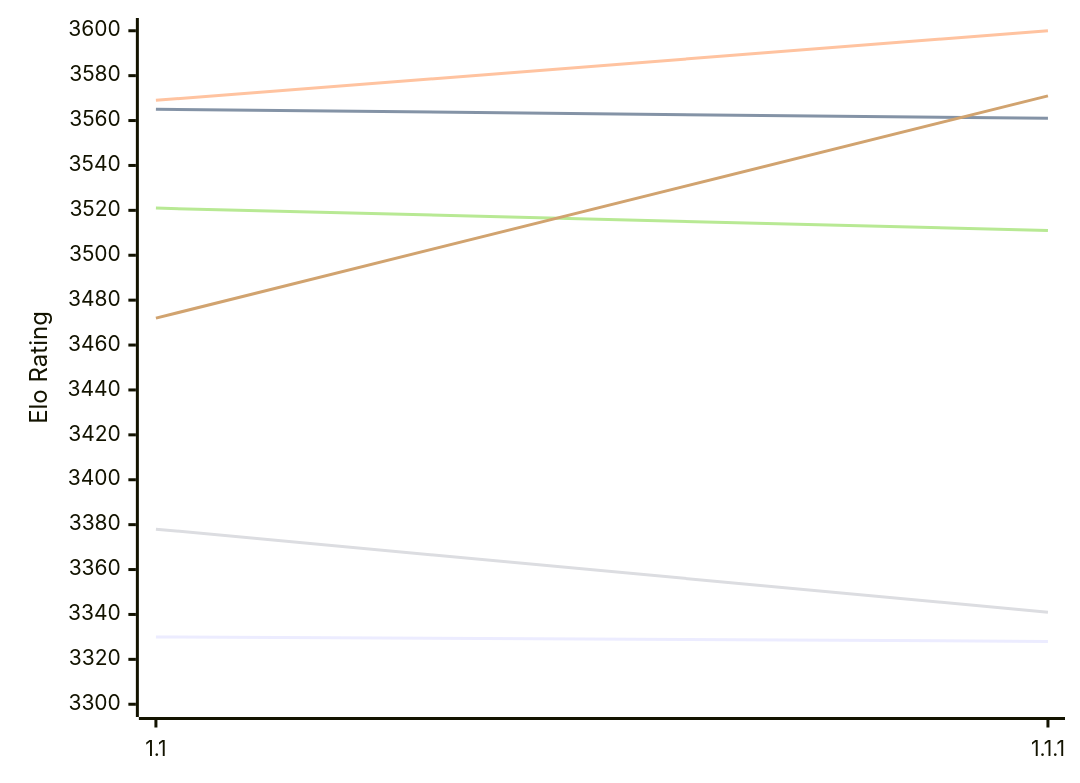
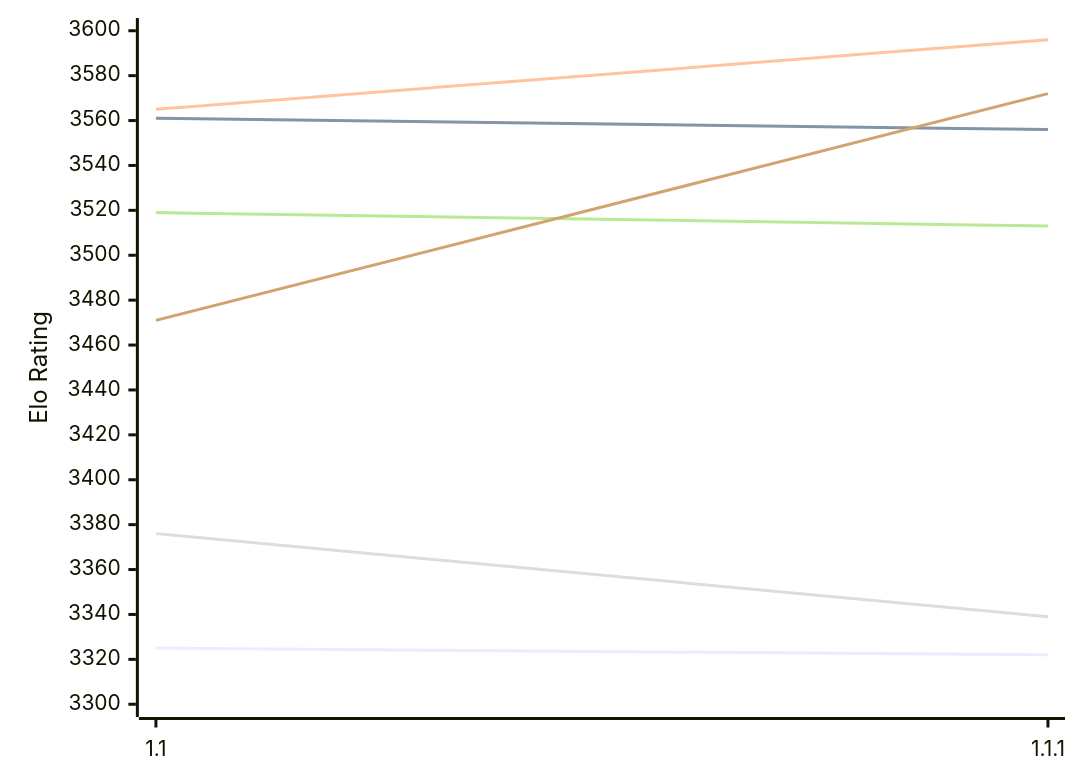
Before and after one commit to computer-chess-index/cci: the first of 2 diagrams in engines/Icarus.md, drawn with Mermaid. The commit also changed other lines of this file, not shown here.

Commit message:
Update CCI Ratings (ELO VLTC) - 2026-11-26

````diff
--- a/engines/Icarus.md
+++ b/engines/Icarus.md
@@ -51,12 +51,12 @@
 ```mermaid
 %%{init: {"theme":"base","themeVariables":{"seriesColors:['#a3a3a3','#222221','#faa371']}}}%%
 xychart-beta
   x-axis ["1.1", "1.1.1"]
   y-axis "Elo Rating" 3300 --> 3600
-  line "E1: STC (8.0+0.08s)" [3330, 3328]
-  line "E1: LTC (60.0+0.60s)" [3565, 3561]
-  line "E1: VLTC (2m24s+1.12s)" [3569, 3600]
-  line "P1: STC (8.0+0.08s)" [3378, 3341]
-  line "P1: LTC (60.0+0.60s)" [3521, 3511]
-  line "P1: VLTC (2m24s+1.12s)" [3472, 3571]
+  line "E1: STC (8.0+0.08s)" [3325, 3322]
+  line "E1: LTC (60.0+0.60s)" [3561, 3556]
+  line "E1: VLTC (2m24s+1.12s)" [3565, 3596]
+  line "P1: STC (8.0+0.08s)" [3376, 3339]
+  line "P1: LTC (60.0+0.60s)" [3519, 3513]
+  line "P1: VLTC (2m24s+1.12s)" [3471, 3572]
 ```
````
